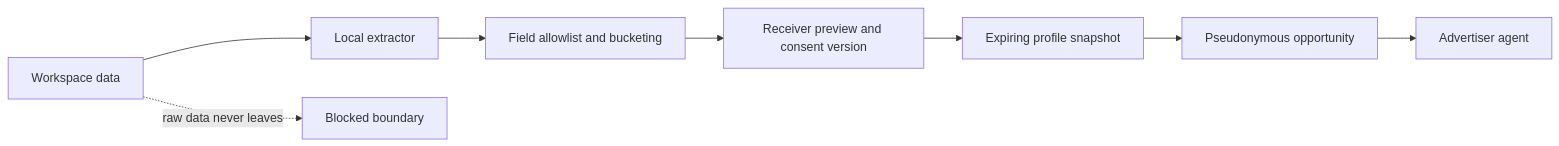
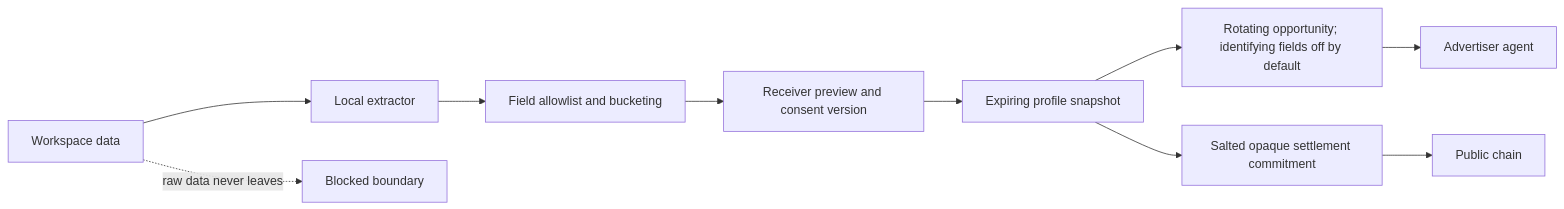
Before and after one commit to eabnelson/ad-daddy: the fifth of 6 diagrams in docs/plans/2026-08-15-1055-feat-ad-daddy-marketplace-plan.md, drawn with Mermaid. The commit also changed other lines of this file and 1 other file, not shown here.

````diff
--- a/docs/plans/2026-08-15-1055-feat-ad-daddy-marketplace-plan.md
+++ b/docs/plans/2026-08-15-1055-feat-ad-daddy-marketplace-plan.md
@@ -264,10 +279,12 @@
 ```mermaid
 flowchart LR
   W["Workspace data"] --> L["Local extractor"]
   L --> AL["Field allowlist and bucketing"]
   AL --> V["Receiver preview and consent version"]
   V --> EP["Expiring profile snapshot"]
-  EP --> OP["Pseudonymous opportunity"]
+  EP --> OP["Rotating opportunity; identifying fields off by default"]
   OP --> AD["Advertiser agent"]
+  EP --> CM["Salted opaque settlement commitment"]
+  CM --> CH["Public chain"]
   W -. "raw data never leaves" .-> STOP["Blocked boundary"]
 ```
````
